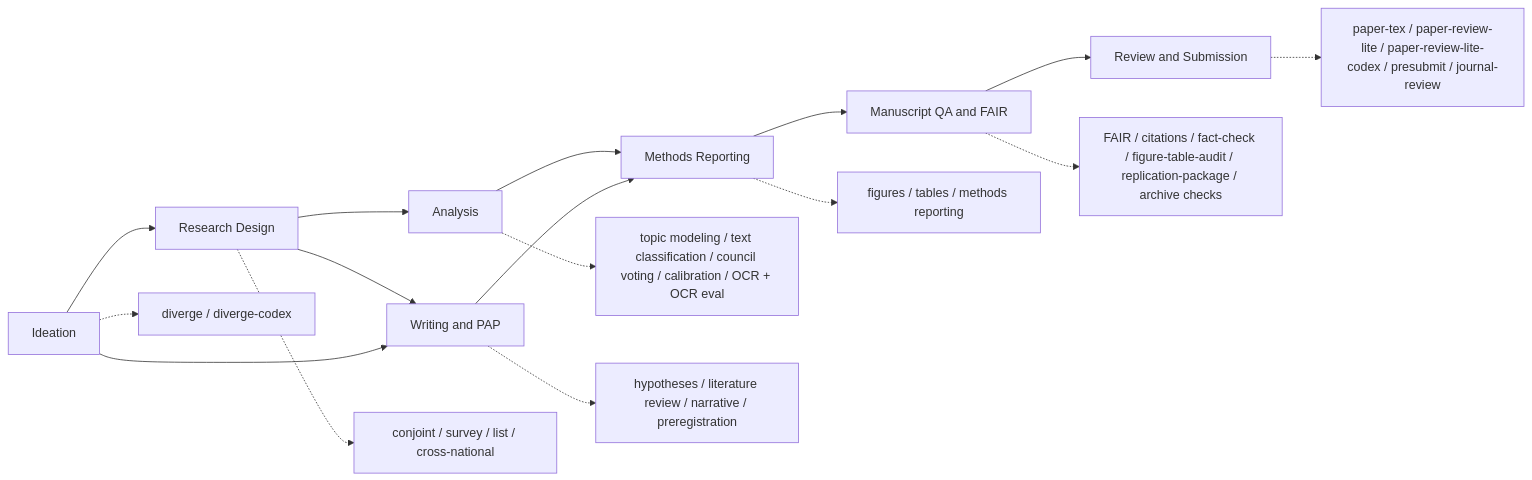
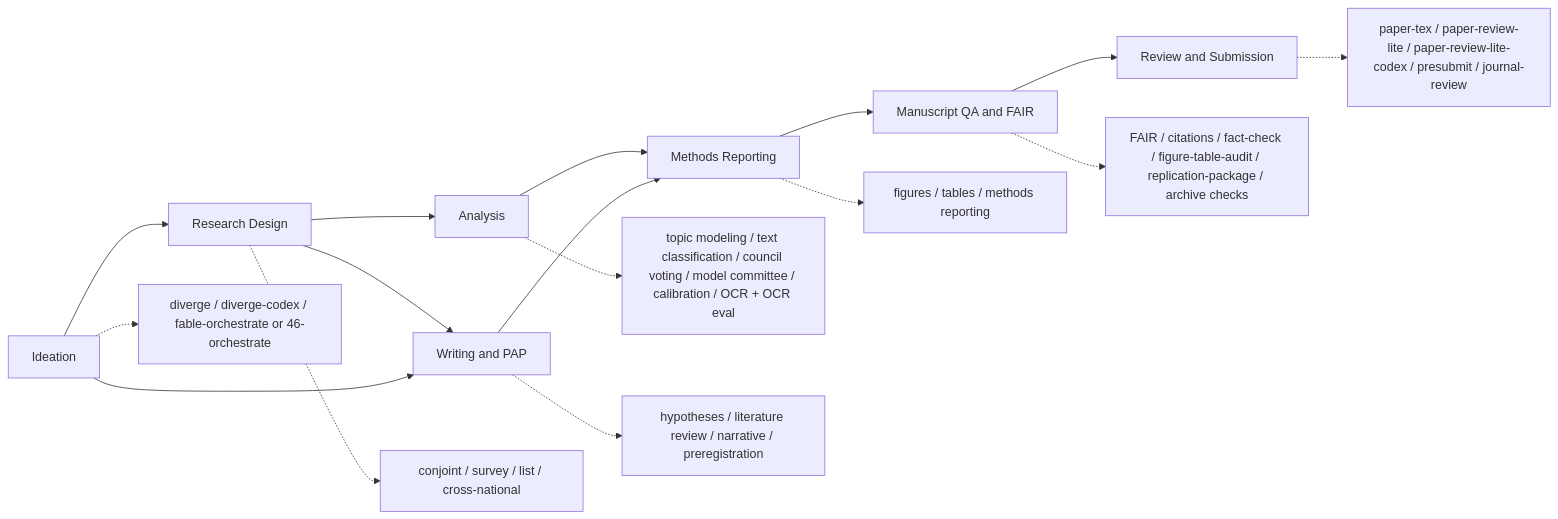
Before and after one commit to scdenney/open-science-skills: the diagram in README.md, drawn with Mermaid. The commit also changed other lines of this file and 100 other files, not shown here.

Commit message:
add Codex skill suite and model committee

````diff
--- a/README.md
+++ b/README.md
@@ -35,20 +46,20 @@
 ```mermaid
 flowchart LR
     A[Research Design] --> B[Analysis]
     A --> C[Writing and PAP]
     B --> D[Methods Reporting]
     C --> D
     D --> E[Manuscript QA and FAIR]
     E --> F[Review and Submission]
 
     G[Ideation] --> A
     G --> C
 
     A -.-> A1[conjoint / survey / list / cross-national]
-    B -.-> B1[topic modeling / text classification / council voting / calibration / OCR + OCR eval]
+    B -.-> B1[topic modeling / text classification / council voting / model committee / calibration / OCR + OCR eval]
     C -.-> C1[hypotheses / literature review / narrative / preregistration]
     D -.-> D1[figures / tables / methods reporting]
     E -.-> E1[FAIR / citations / fact-check / figure-table-audit / replication-package / archive checks]
     F -.-> F1[paper-tex / paper-review-lite / paper-review-lite-codex / presubmit / journal-review]
-    G -.-> G1[diverge / diverge-codex]
+    G -.-> G1[diverge / diverge-codex / fable-orchestrate or 46-orchestrate]
 ```
````
